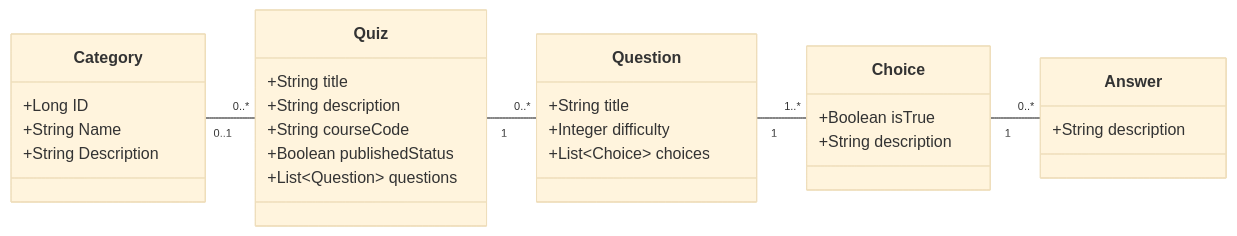
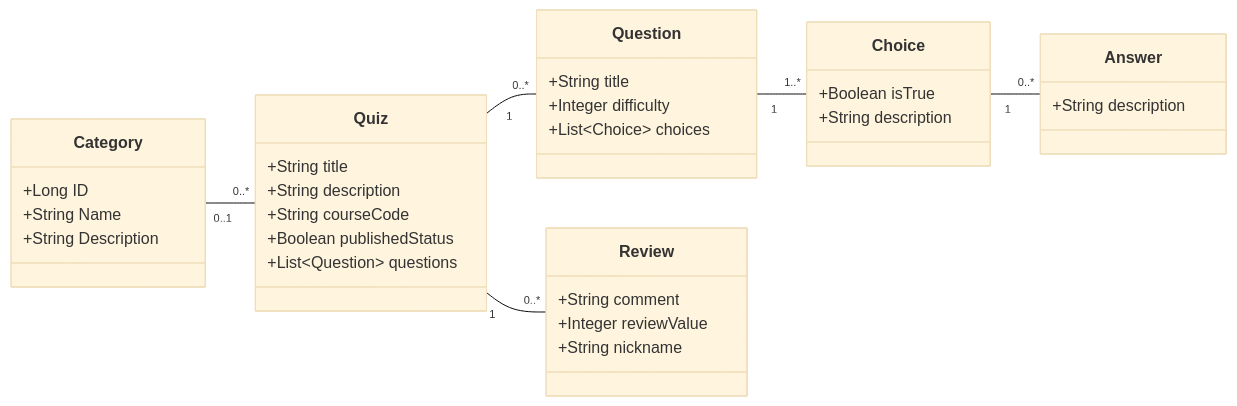
One commit to FullFlip/Quizzer changed the diagram in README.md. Above: the diagram before and after it, drawn with Mermaid (base theme). The commit also changed other lines of this file, not shown here.

````diff
--- a/README.md
+++ b/README.md
@@ -32,39 +49,46 @@
 ```mermaid
 classDiagram
 direction LR
 
 class Category {
   +Long ID
   +String Name
   +String Description
 }
 
 class Quiz {
   +String title
   +String description
   +String courseCode
   +Boolean publishedStatus
   +List~Question~ questions
 }
 
 class Question {
   +String title
   +Integer difficulty
   +List~Choice~ choices
 }
 
 class Choice {
   +Boolean isTrue
   +String description
 }
 
 class Answer {
   +String description
 }
 
+class Review {
+  +String comment
+  +Integer reviewValue
+  +String nickname
+}
+
 Category "0..1" -- "0..*" Quiz
 Quiz     "1"    -- "0..*" Question
+Quiz     "1"    -- "0..*" Review
 Question "1"    -- "1..*" Choice
 Choice   "1"    -- "0..*" Answer
 
 ```
````
